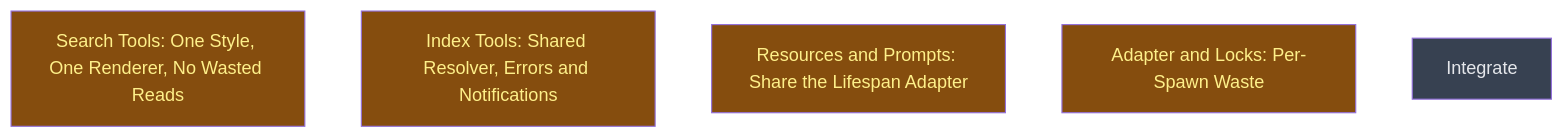
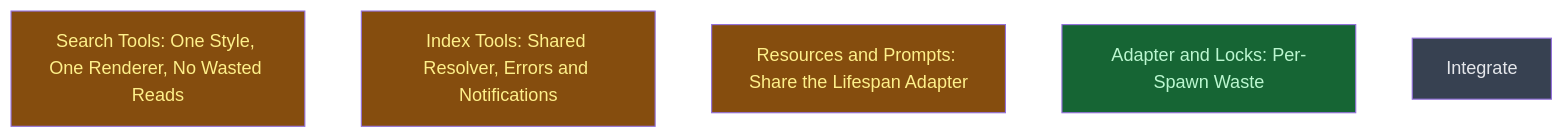
Before and after one commit to CrackingShells/colgrep-mcp: the diagram in __roadmap__/consistency/README.md, drawn with Mermaid. The commit also changed other lines of this file, not shown here.

Commit message:
docs(roadmap): record adapter_hygiene as done and merged

````diff
--- a/__roadmap__/consistency/README.md
+++ b/__roadmap__/consistency/README.md
@@ -35,13 +35,13 @@
 ```mermaid
 graph TD
     search_tools[Search Tools: One Style, One Renderer, No Wasted Reads]:::inprogress
     index_tools[Index Tools: Shared Resolver, Errors and Notifications]:::inprogress
     context_free_handlers[Resources and Prompts: Share the Lifespan Adapter]:::inprogress
-    adapter_hygiene[Adapter and Locks: Per-Spawn Waste]:::inprogress
+    adapter_hygiene[Adapter and Locks: Per-Spawn Waste]:::done
     integrate[Integrate]:::planned
     classDef done       fill:#166534,color:#bbf7d0
     classDef inprogress fill:#854d0e,color:#fef08a
     classDef planned    fill:#374151,color:#e5e7eb
     classDef amendment  fill:#1e3a5f,color:#bfdbfe
     classDef blocked    fill:#7f1d1d,color:#fecaca
 ```
````
